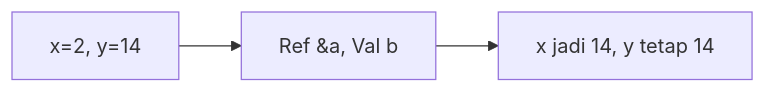
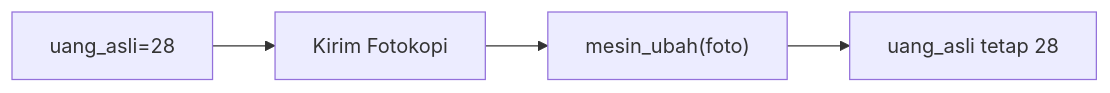
One commit to amnahwaida/OSNK_INF_PREP changed diagram 13 of 25 in part-c-pemahaman-cpp/04-fungsi/latihan/set-11.md. Above: the diagram before and after it, drawn with Mermaid. The commit also changed other lines of this file and 71 other files, not shown here.

````diff
--- a/part-c-pemahaman-cpp/04-fungsi/latihan/set-11.md
+++ b/part-c-pemahaman-cpp/04-fungsi/latihan/set-11.md
@@ -341,5 +357,6 @@
 ```mermaid
 graph LR
-A["x=2, y=14"] --> B["Ref &a, Val b"]
-B --> C["x jadi 14, y tetap 14"]
+A["uang_asli=28"] --> B["Kirim Fotokopi"]
+B --> C["mesin_ubah(foto)"]
+C --> D["uang_asli tetap 28"]
 ```
````
